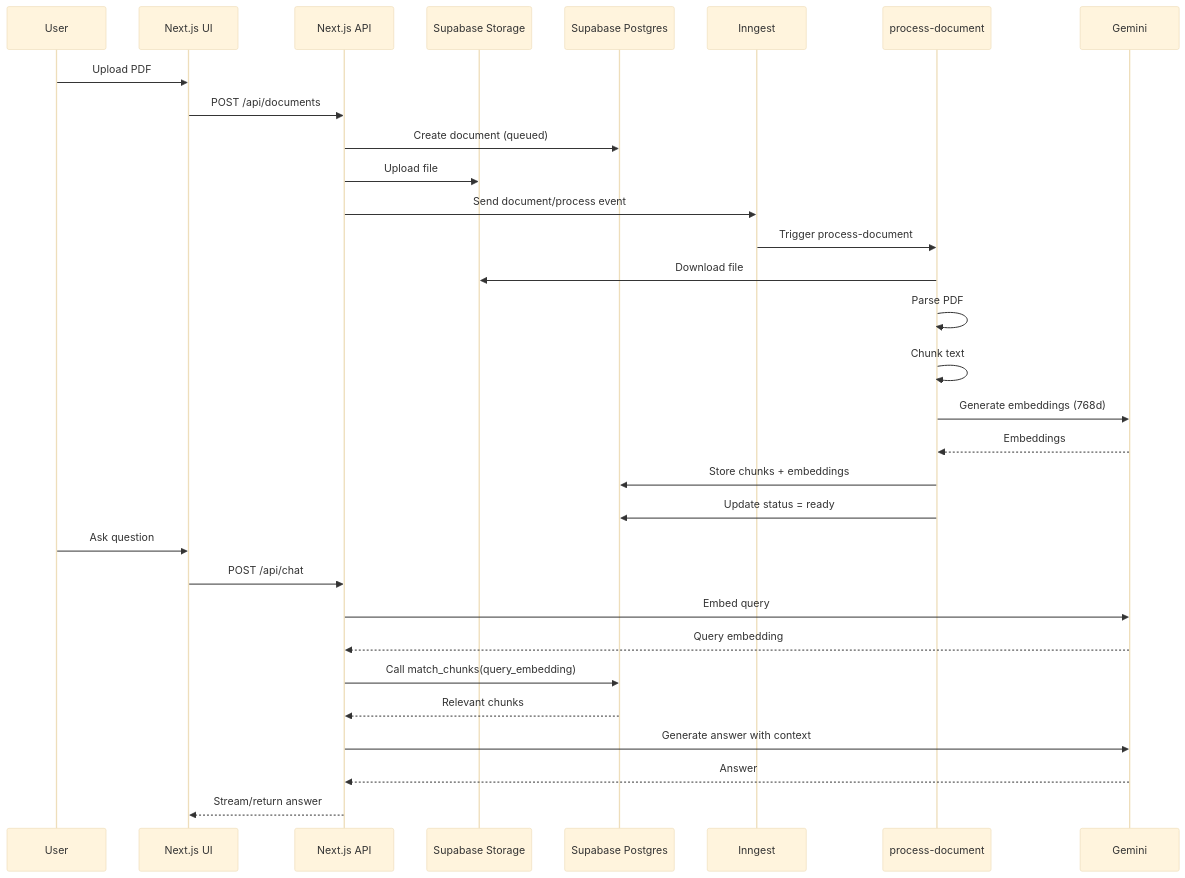
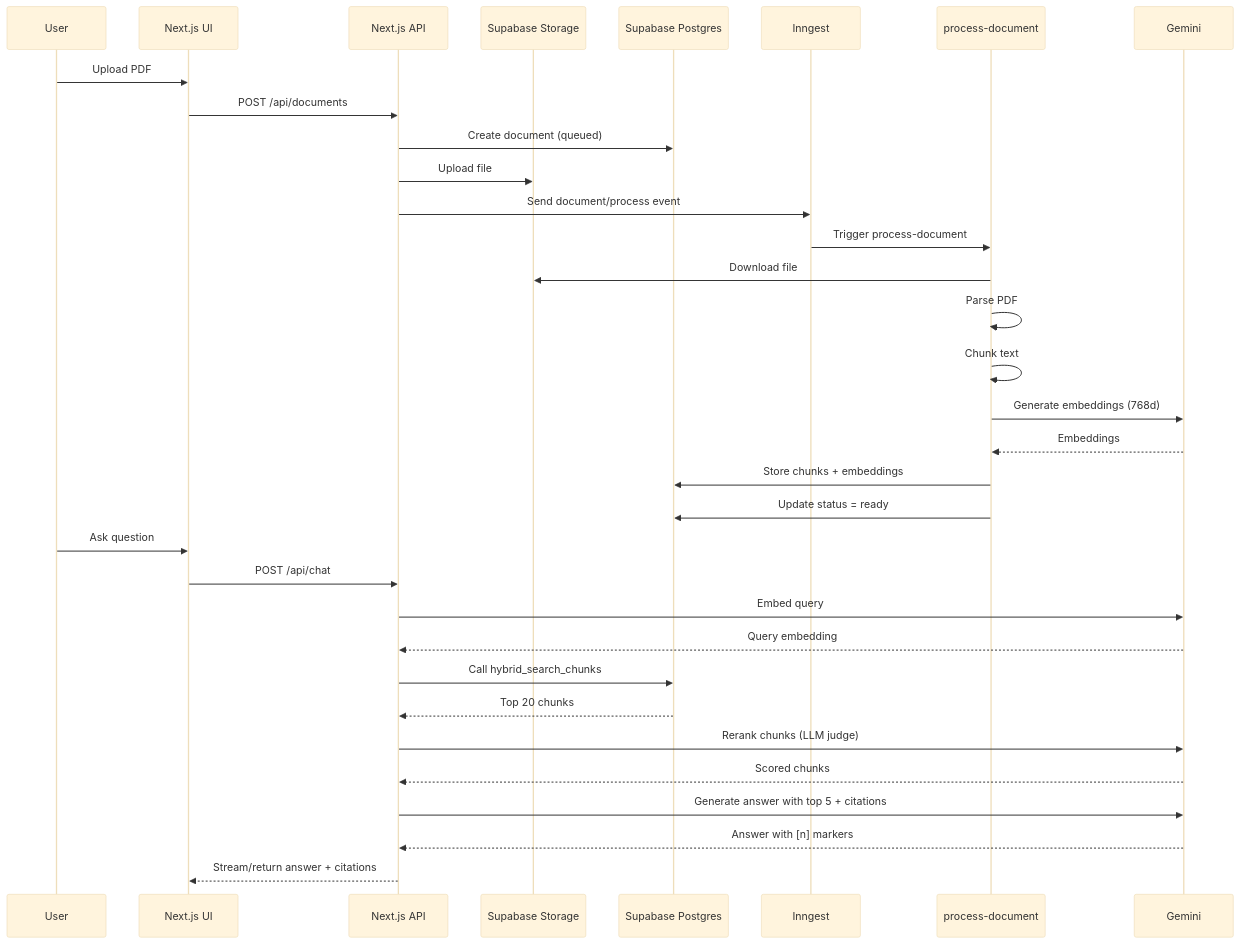
Before and after one commit to subhra015/DocMind: the first of 2 diagrams in README.md, drawn with Mermaid (base theme). The commit also changed other lines of this file, not shown here.

First line of the commit message:
Revise README for clarity on hybrid search and citations

````diff
--- a/README.md
+++ b/README.md
@@ -80,35 +100,37 @@
 ```mermaid
 sequenceDiagram
   participant U as User
   participant W as Next.js UI
   participant A as Next.js API
   participant S as Supabase Storage
   participant D as Supabase Postgres
   participant I as Inngest
   participant F as process-document
   participant G as Gemini
 
   U->>W: Upload PDF
   W->>A: POST /api/documents
   A->>D: Create document (queued)
   A->>S: Upload file
   A->>I: Send document/process event
   I->>F: Trigger process-document
   F->>S: Download file
   F->>F: Parse PDF
   F->>F: Chunk text
   F->>G: Generate embeddings (768d)
   G-->>F: Embeddings
   F->>D: Store chunks + embeddings
   F->>D: Update status = ready
 
   U->>W: Ask question
   W->>A: POST /api/chat
   A->>G: Embed query
   G-->>A: Query embedding
-  A->>D: Call match_chunks(query_embedding)
-  D-->>A: Relevant chunks
-  A->>G: Generate answer with context
-  G-->>A: Answer
-  A-->>W: Stream/return answer
+  A->>D: Call hybrid_search_chunks
+  D-->>A: Top 20 chunks
+  A->>G: Rerank chunks (LLM judge)
+  G-->>A: Scored chunks
+  A->>G: Generate answer with top 5 + citations
+  G-->>A: Answer with [n] markers
+  A-->>W: Stream/return answer + citations
 ```
````
